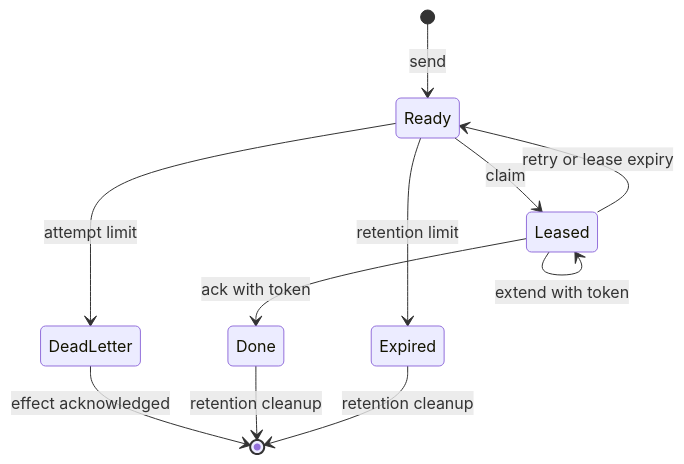
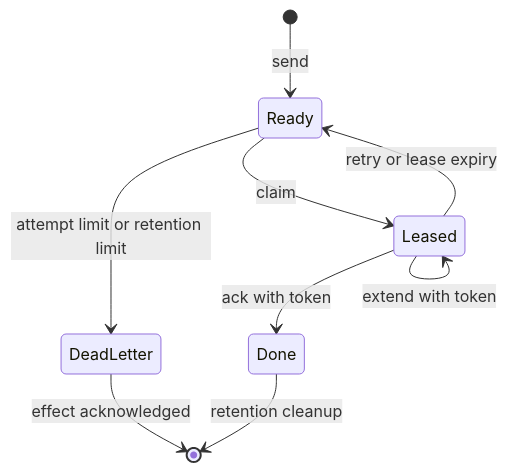
The second of 4 diagrams in crates/crab-cell-runtime/docs/primitives.md (crabbuild/crab), drawn with Mermaid before and after one commit. The commit also changed other lines of this file and 5 other files, not shown here.

First line of the commit message:
test(cell): pin queue expiry dead-lettering and primitive retention

````diff
--- a/crates/crab-cell-runtime/docs/primitives.md
+++ b/crates/crab-cell-runtime/docs/primitives.md
@@ -148,13 +148,11 @@
 ```mermaid
 stateDiagram-v2
     [*] --> Ready: send
     Ready --> Leased: claim
     Leased --> Done: ack with token
     Leased --> Ready: retry or lease expiry
     Leased --> Leased: extend with token
-    Ready --> DeadLetter: attempt limit
-    Ready --> Expired: retention limit
+    Ready --> DeadLetter: attempt limit or retention limit
     DeadLetter --> [*]: effect acknowledged
     Done --> [*]: retention cleanup
-    Expired --> [*]: retention cleanup
 ```
````
